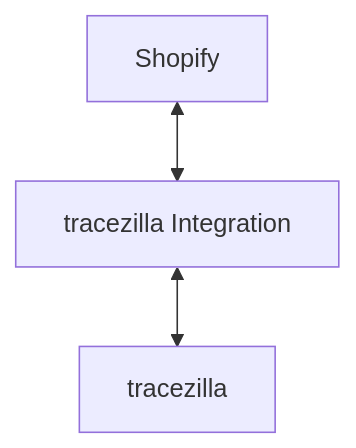
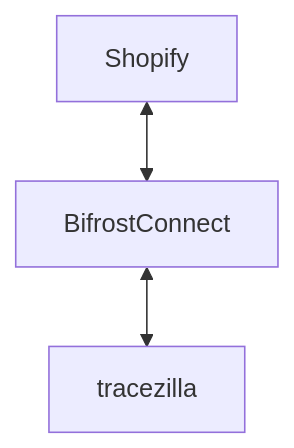
One commit to Happy-Bananas/tracezilla-integrations-docs changed the diagram in getting-started.md. Above: the diagram before and after it, drawn with Mermaid. The commit also changed other lines of this file and 21 other files, not shown here.

Commit message:
Rename application to BifrostConnect

```diff
--- a/getting-started.md
+++ b/getting-started.md
@@ -11,9 +11,9 @@
 <pre class="mermaid">
 flowchart TB
     Shopify[Shopify]
-    Integration[tracezilla Integration]
+    Integration[BifrostConnect]
     Tracezilla[tracezilla]
 
     Shopify <--> Integration
     Integration <--> Tracezilla
 </pre>
```
